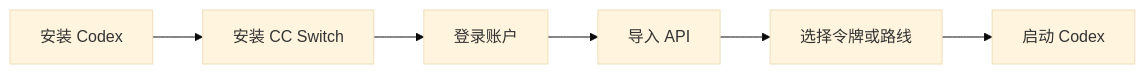
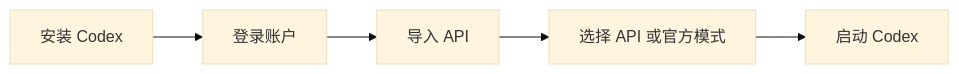
One commit to Baorongxs/CodexLink changed the diagram in README.md. Above: the diagram before and after it, drawn with Mermaid (base theme). The commit also changed other lines of this file, not shown here.

Commit message:
发布 CodexLink v1.0.22

````diff
--- a/README.md
+++ b/README.md
@@ -59,8 +61,7 @@
 ```mermaid
 flowchart LR
-    A[安装 Codex] --> B[安装 CC Switch]
-    B --> C[登录账户]
-    C --> D[导入 API]
-    D --> E[选择令牌或路线]
-    E --> F[启动 Codex]
+    A[安装 Codex] --> B[登录账户]
+    B --> C[导入 API]
+    C --> D[选择 API 或官方模式]
+    D --> E[启动 Codex]
 ```
````
